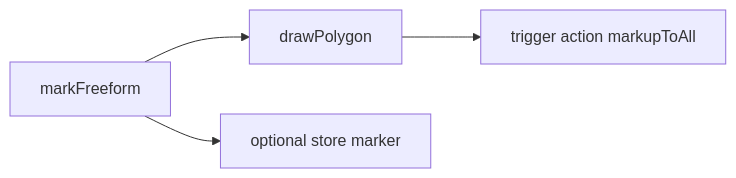
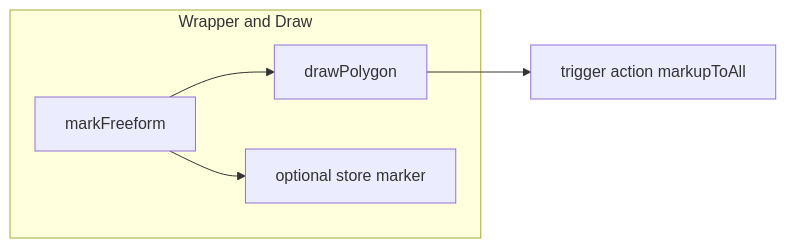
The first of 5 diagrams in docs/markers/polygons.md (Gh0st352/AETHR), drawn with Mermaid before and after one commit. The commit also changed other lines of this file and 4 other files, not shown here.

First line of the commit message:
docs(markers): reorganize Mermaid diagrams into subgraphs

````diff
--- a/docs/markers/polygons.md
+++ b/docs/markers/polygons.md
@@ -12,6 +12,12 @@
 ```mermaid
+%% shared theme: docs/_mermaid/theme.json %%
 flowchart LR
-  MF[markFreeform] --> DP[drawPolygon]
+  subgraph "Wrapper and Draw"
+    MF[markFreeform] --> DP[drawPolygon]
+    MF --> ST[optional store marker]
+  end
   DP --> TA[trigger action markupToAll]
-  MF --> ST[optional store marker]
+  class MF,ST class_step;
+  class DP class_compute;
+  class TA class_io;
 ```
````
